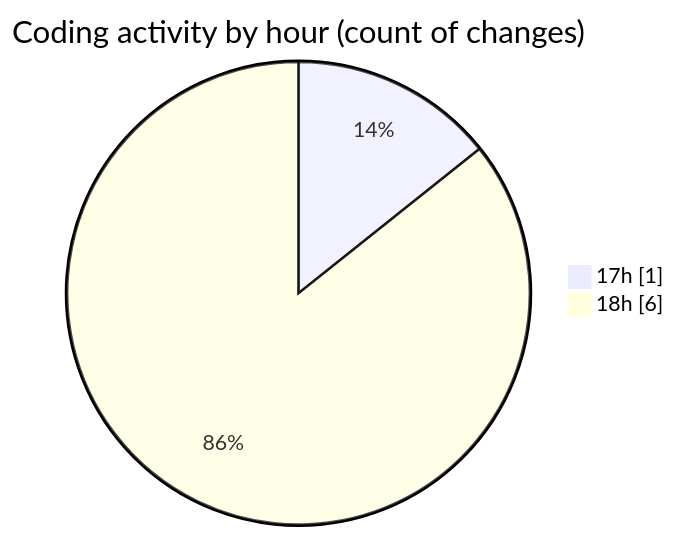
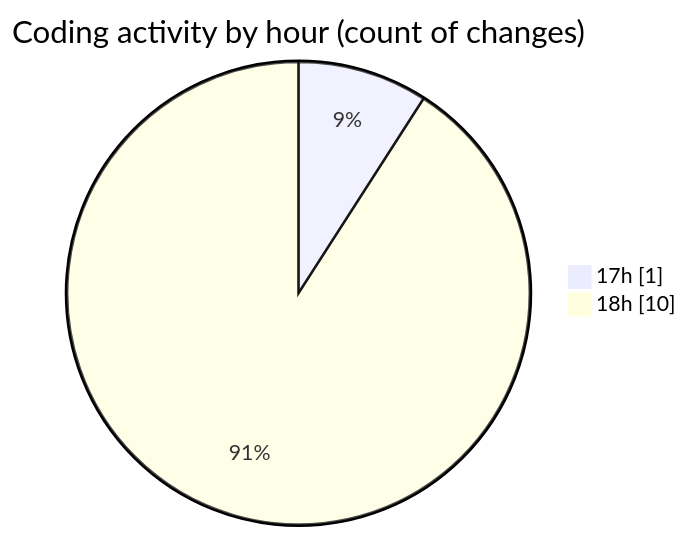
Before and after one commit to julien-gomy/code-tracking: the second of 2 diagrams in 2025-11-15/eventscop-api-guide__workspace_/README.md, drawn with Mermaid. The commit also changed other lines of this file and 1 other file, not shown here.

````diff
--- a/2025-11-15/eventscop-api-guide__workspace_/README.md
+++ b/2025-11-15/eventscop-api-guide__workspace_/README.md
@@ -31,6 +32,6 @@
 ```mermaid
 pie showData
 title Coding activity by hour (count of changes)
 "17h" : 1
-"18h" : 6
+"18h" : 10
 ```
````
